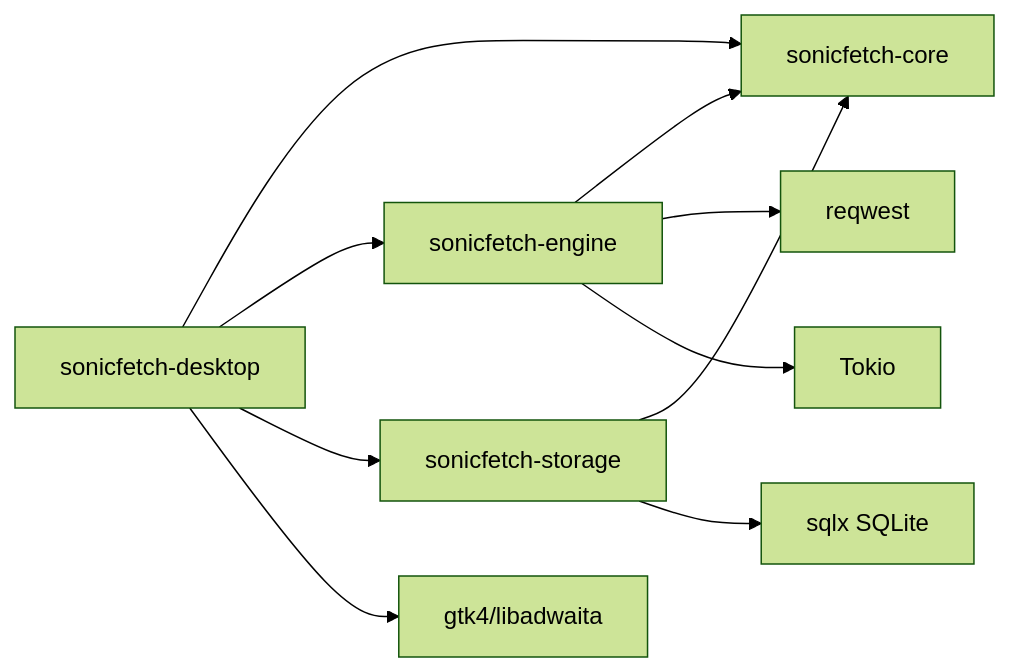
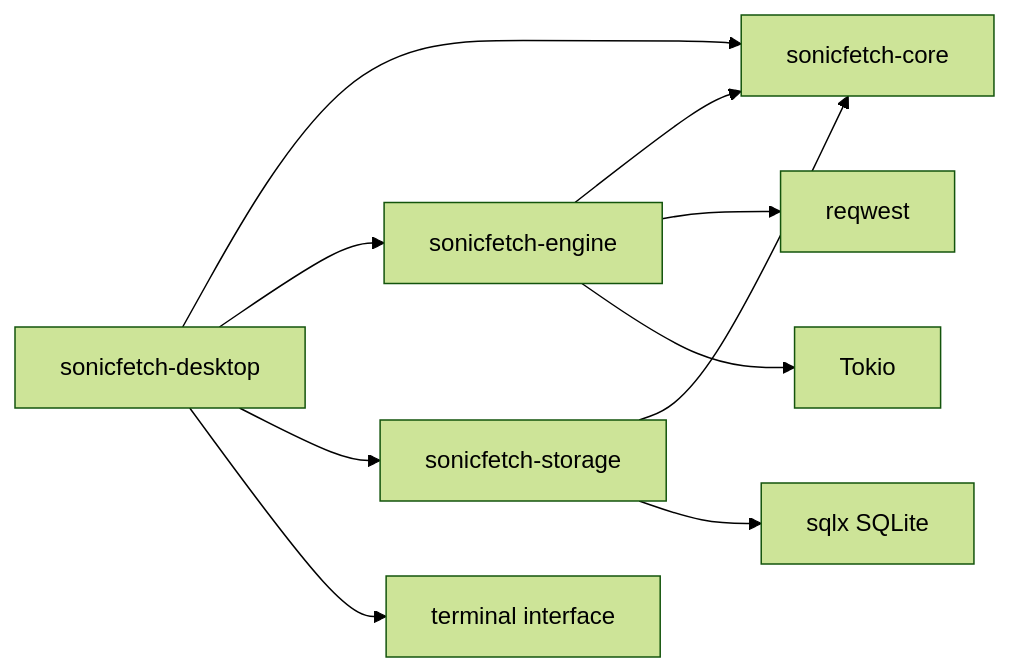
One commit to 0xzahed/SonicFetch changed the diagram in docs/component-map.md. Above: the diagram before and after it, drawn with Mermaid (forest theme). The commit also changed other lines of this file and 31 other files, not shown here.

````diff
--- a/docs/component-map.md
+++ b/docs/component-map.md
@@ -50,18 +46,18 @@
 ```mermaid
 flowchart LR
     CORE[sonicfetch-core]
     ENGINE[sonicfetch-engine]
     STORAGE[sonicfetch-storage]
     DESKTOP[sonicfetch-desktop]
 
     ENGINE --> CORE
     STORAGE --> CORE
     DESKTOP --> CORE
     DESKTOP --> ENGINE
     DESKTOP --> STORAGE
 
     ENGINE --> HTTP[reqwest]
     ENGINE --> TOKIO[Tokio]
     STORAGE --> SQLX[sqlx SQLite]
-    DESKTOP --> GTK[gtk4/libadwaita]
+    DESKTOP --> CLI[terminal interface]
 ```
````
